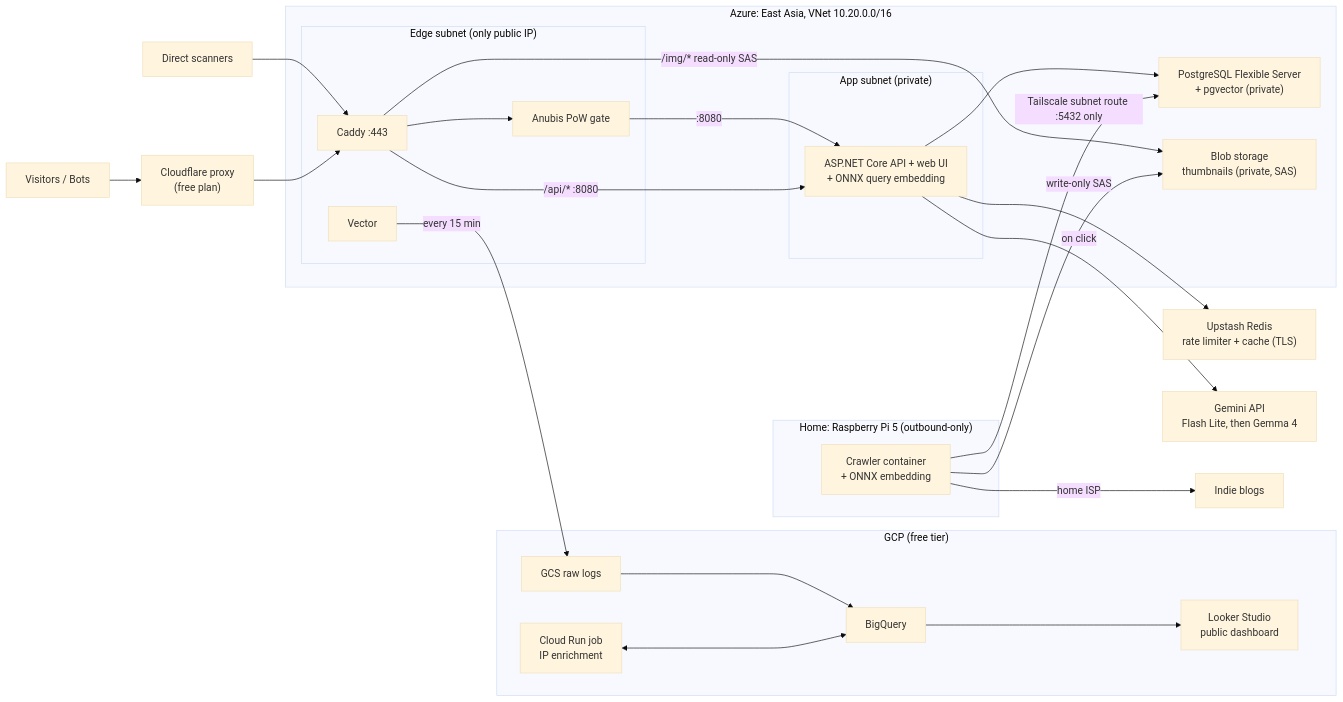
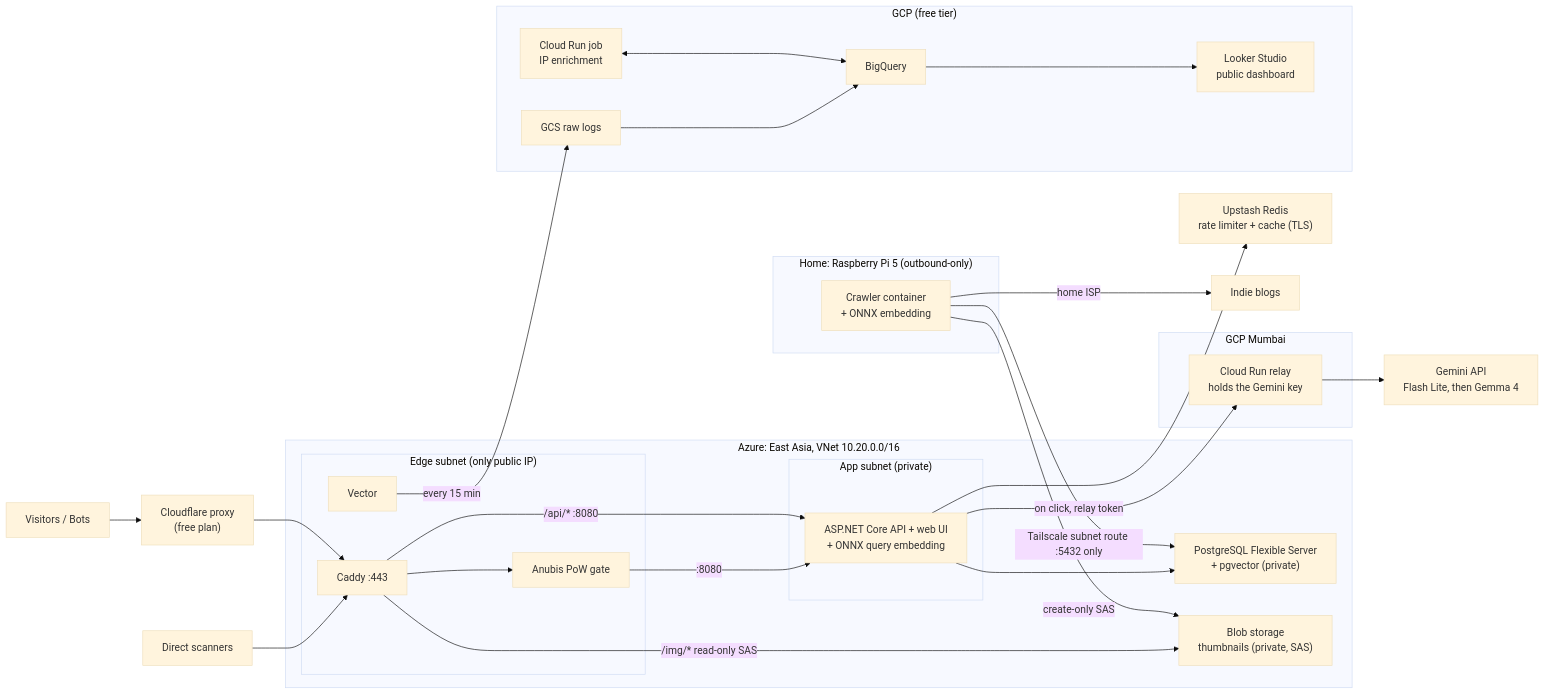
The diagram in README.md (Incorrectone/searchbox), drawn with Mermaid (base theme) before and after one commit. The commit also changed other lines of this file and 3 other files, not shown here.

````diff
--- a/README.md
+++ b/README.md
@@ -13,43 +13,48 @@
 ```mermaid
 flowchart LR
     U["Visitors / Bots"] --> CF["Cloudflare proxy<br/>(free plan)"]
     S["Direct scanners"] --> C
     CF --> C
 
     subgraph AZ["Azure: East Asia, VNet 10.20.0.0/16"]
         subgraph EDGE["Edge subnet (only public IP)"]
             C["Caddy :443"]
             A["Anubis PoW gate"]
             V["Vector"]
             C --> A
         end
         subgraph APP["App subnet (private)"]
             API["ASP.NET Core API + web UI<br/>+ ONNX query embedding"]
         end
         PG["PostgreSQL Flexible Server<br/>+ pgvector (private)"]
         BL["Blob storage<br/>thumbnails (private, SAS)"]
         A -->|":8080"| API
         C -->|"/api/* :8080"| API
         C -->|"/img/* read-only SAS"| BL
         API --> PG
     end
 
     R["Upstash Redis<br/>rate limiter + cache (TLS)"]
     G["Gemini API<br/>Flash Lite, then Gemma 4"]
     API --> R
-    API -->|"on click"| G
+    API -->|"on click, relay token"| GR
+
+    subgraph GCPR["GCP Mumbai"]
+        GR["Cloud Run relay<br/>holds the Gemini key"]
+    end
+    GR --> G
 
     subgraph HOME["Home: Raspberry Pi 5 (outbound-only)"]
         CR["Crawler container<br/>+ ONNX embedding"]
     end
     CR -->|"home ISP"| WEB["Indie blogs"]
     CR -->|"Tailscale subnet route :5432 only"| PG
-    CR -->|"write-only SAS"| BL
+    CR -->|"create-only SAS"| BL
 
     subgraph GCP["GCP (free tier)"]
         GCS["GCS raw logs"] --> BQ["BigQuery"]
         RJ["Cloud Run job<br/>IP enrichment"] <--> BQ
         BQ --> LS["Looker Studio<br/>public dashboard"]
     end
     V -->|"every 15 min"| GCS
 ```
````
